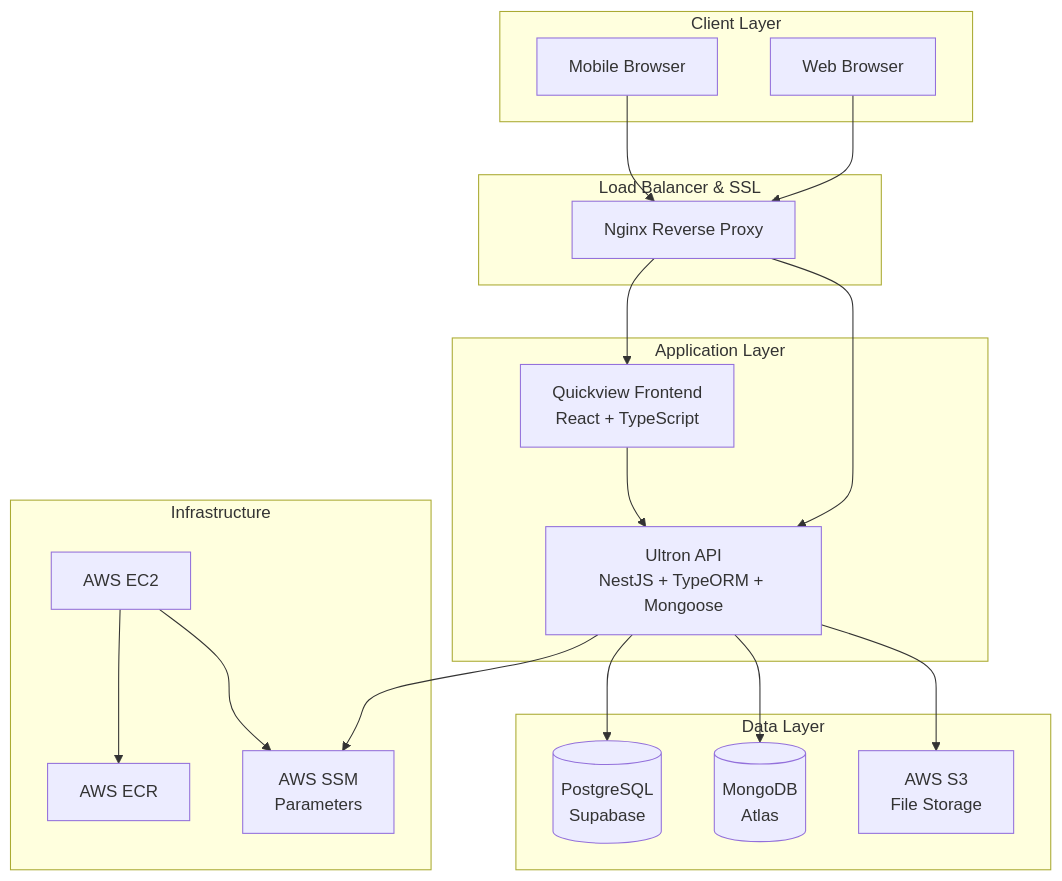
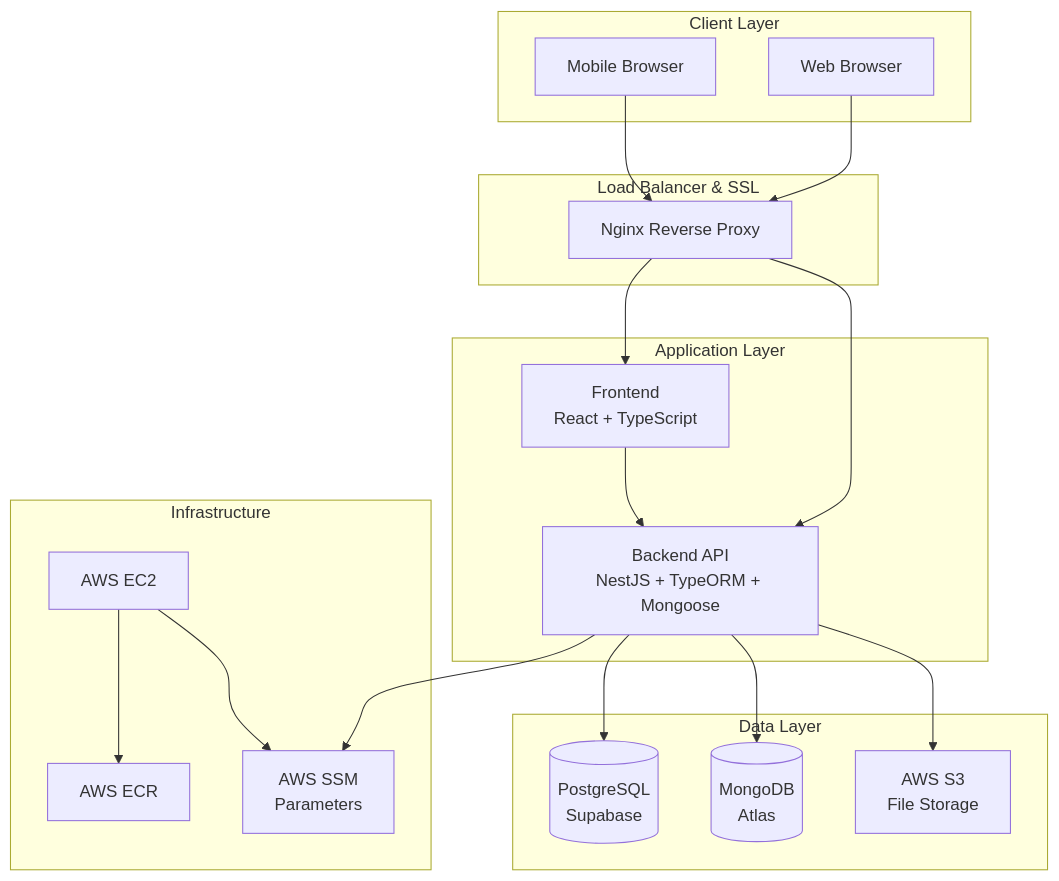
Before and after one commit to jmon14/texas: the first of 3 diagrams in docs/architecture.md, drawn with Mermaid. The commit also changed other lines of this file and 266 other files, not shown here.

````diff
--- a/docs/architecture.md
+++ b/docs/architecture.md
@@ -7,43 +7,43 @@
 ```mermaid
 graph TB
     subgraph "Client Layer"
         WEB[Web Browser]
         MOBILE[Mobile Browser]
     end
 
     subgraph "Load Balancer & SSL"
         NGINX[Nginx Reverse Proxy]
     end
 
     subgraph "Application Layer"
-        QV[Quickview Frontend<br/>React + TypeScript]
-        ULTRON[Ultron API<br/>NestJS + TypeORM + Mongoose]
+        FE[Frontend<br/>React + TypeScript]
+        BE[Backend API<br/>NestJS + TypeORM + Mongoose]
     end
 
     subgraph "Data Layer"
         PG[(PostgreSQL<br/>Supabase)]
         MONGO[(MongoDB<br/>Atlas)]
         S3[AWS S3<br/>File Storage]
     end
 
     subgraph "Infrastructure"
         EC2[AWS EC2]
         ECR[AWS ECR]
         SSM[AWS SSM<br/>Parameters]
     end
 
     WEB --> NGINX
     MOBILE --> NGINX
-    NGINX --> QV
-    NGINX --> ULTRON
+    NGINX --> FE
+    NGINX --> BE
 
-    QV --> ULTRON
+    FE --> BE
 
-    ULTRON --> PG
-    ULTRON --> MONGO
-    ULTRON --> S3
-    ULTRON --> SSM
+    BE --> PG
+    BE --> MONGO
+    BE --> S3
+    BE --> SSM
 
     EC2 --> ECR
     EC2 --> SSM
 ```
````
